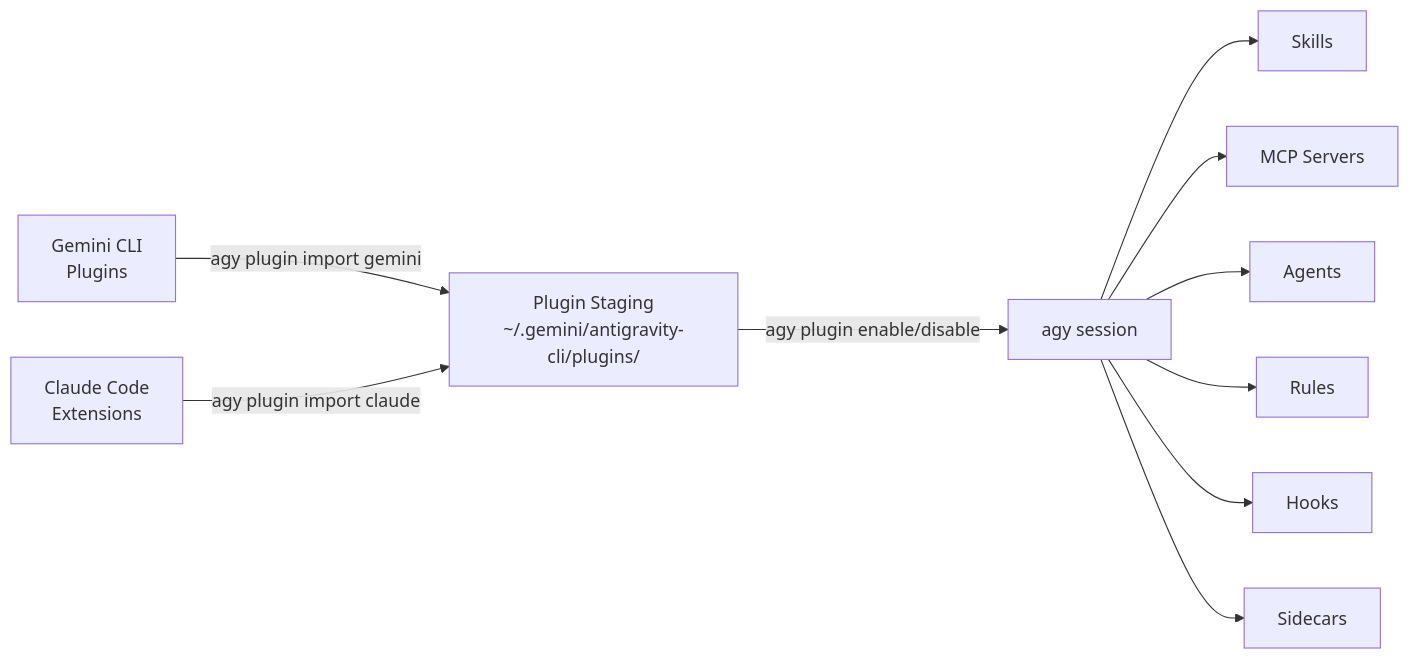
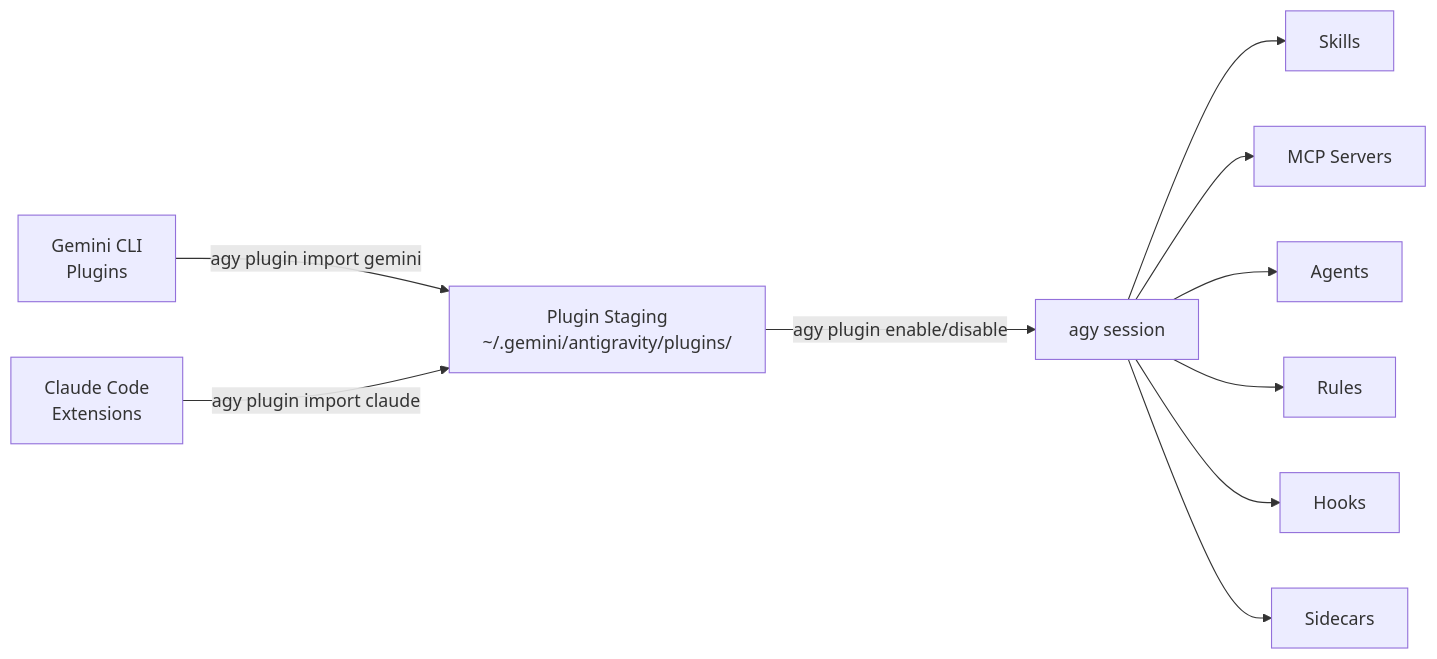
Before and after one commit to carlosmscabral/agy-cli-field-workshop: the diagram in docs/plugin-ecosystem.md, drawn with Mermaid. The commit also changed other lines of this file and 33 other files, not shown here.

````diff
--- a/docs/plugin-ecosystem.md
+++ b/docs/plugin-ecosystem.md
@@ -193,12 +194,12 @@
 ```mermaid
 graph LR
-    GC["Gemini CLI\nPlugins"] --> |agy plugin import gemini| S["Plugin Staging\n~/.gemini/antigravity-cli/plugins/"]
+    GC["Gemini CLI\nPlugins"] --> |agy plugin import gemini| S["Plugin Staging\n~/.gemini/antigravity/plugins/"]
     CC["Claude Code\nExtensions"] --> |agy plugin import claude| S
     S --> |agy plugin enable/disable| A[agy session]
     A --> SK[Skills]
     A --> MCP[MCP Servers]
     A --> AG[Agents]
     A --> RU[Rules]
     A --> HK[Hooks]
     A --> SD[Sidecars]
 ```
````
